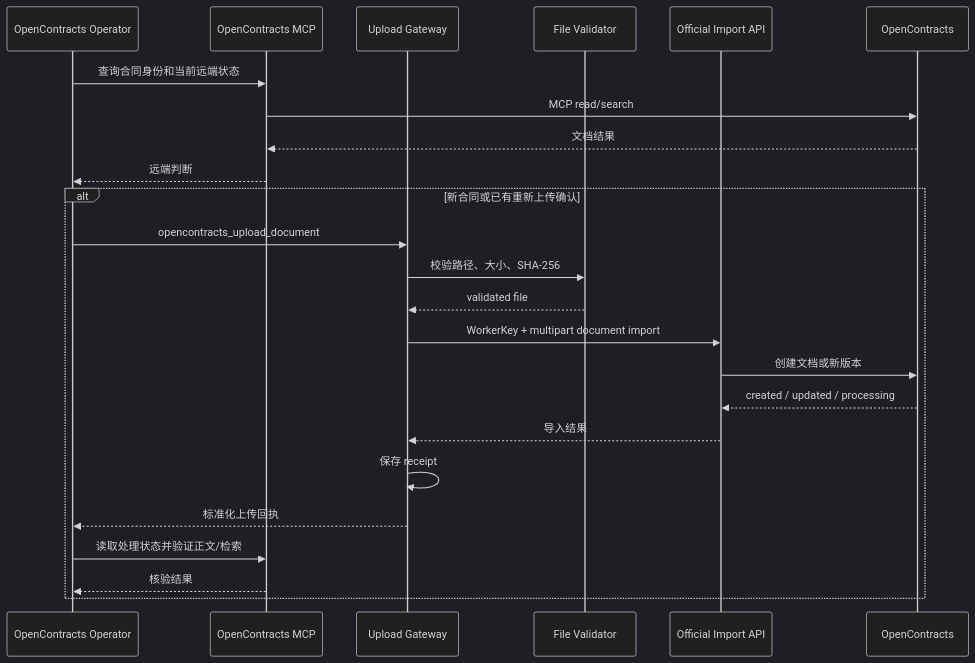
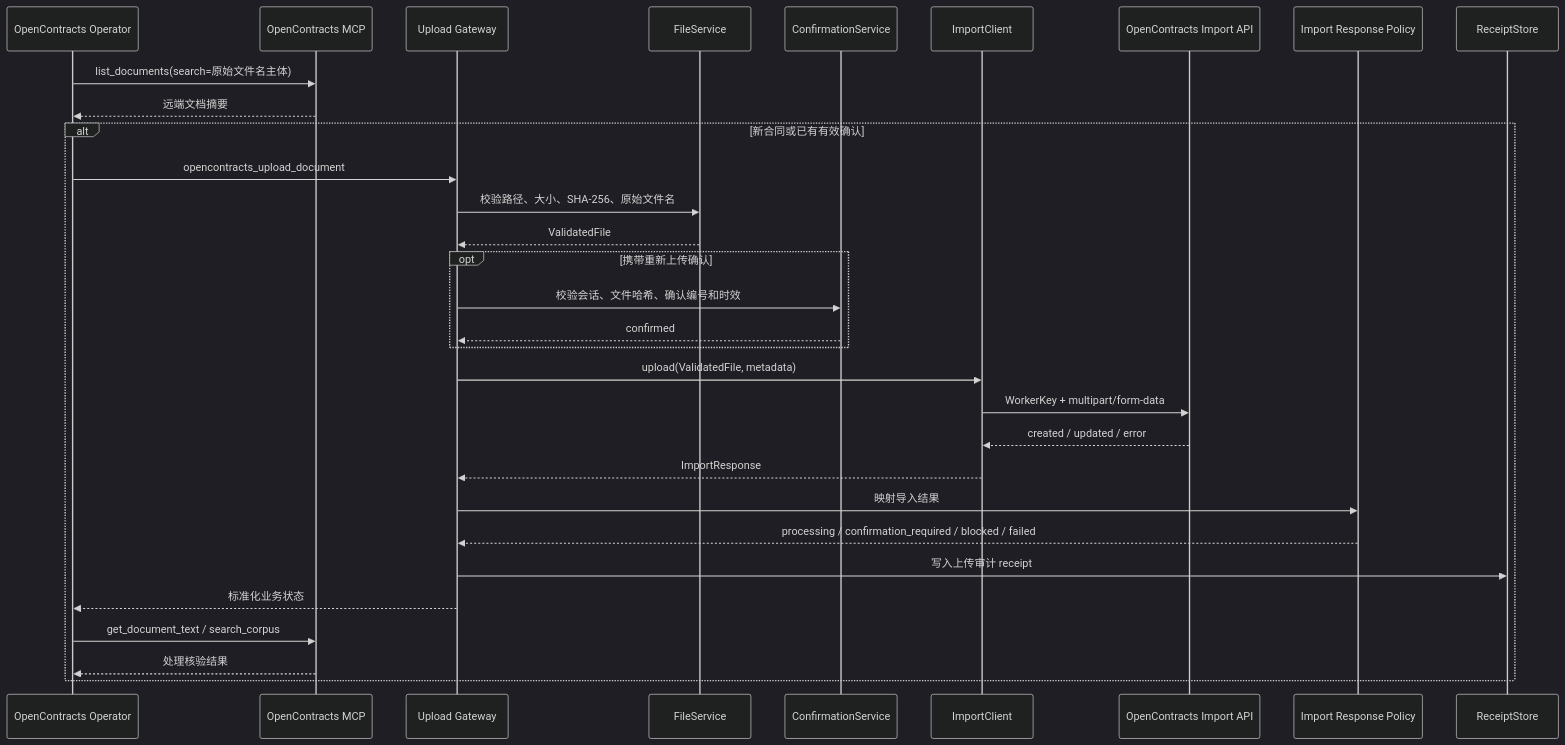
Before and after one commit to Ri0n72Y/ContractBotConfig: the second of 3 diagrams in plugins/astrbot_plugin_opencontracts_gateway/README.md, drawn with Mermaid (dark theme). The commit also changed other lines of this file and 45 other files, not shown here.

````diff
--- a/plugins/astrbot_plugin_opencontracts_gateway/README.md
+++ b/plugins/astrbot_plugin_opencontracts_gateway/README.md
@@ -51,27 +47,34 @@
 ```mermaid
 sequenceDiagram
     participant O as OpenContracts Operator
     participant M as OpenContracts MCP
     participant G as Upload Gateway
-    participant V as File Validator
-    participant I as Official Import API
-    participant C as OpenContracts
+    participant V as FileService
+    participant C as ConfirmationService
+    participant I as ImportClient
+    participant API as OpenContracts Import API
+    participant P as Import Response Policy
+    participant R as ReceiptStore
 
-    O->>M: 查询合同身份和当前远端状态
-    M->>C: MCP read/search
-    C-->>M: 文档结果
-    M-->>O: 远端判断
-    alt 新合同或已有重新上传确认
+    O->>M: list_documents(search=原始文件名主体)
+    M-->>O: 远端文档摘要
+    alt 新合同或已有有效确认
         O->>G: opencontracts_upload_document
-        G->>V: 校验路径、大小、SHA-256
-        V-->>G: validated file
-        G->>I: WorkerKey + multipart document import
-        I->>C: 创建文档或新版本
-        C-->>I: created / updated / processing
-        I-->>G: 导入结果
-        G->>G: 保存 receipt
-        G-->>O: 标准化上传回执
-        O->>M: 读取处理状态并验证正文/检索
-        M-->>O: 核验结果
+        G->>V: 校验路径、大小、SHA-256、原始文件名
+        V-->>G: ValidatedFile
+        opt 携带重新上传确认
+            G->>C: 校验会话、文件哈希、确认编号和时效
+            C-->>G: confirmed
+        end
+        G->>I: upload(ValidatedFile, metadata)
+        I->>API: WorkerKey + multipart/form-data
+        API-->>I: created / updated / error
+        I-->>G: ImportResponse
+        G->>P: 映射导入结果
+        P-->>G: processing / confirmation_required / blocked / failed
+        G->>R: 写入上传审计 receipt
+        G-->>O: 标准化业务状态
+        O->>M: get_document_text / search_corpus
+        M-->>O: 处理核验结果
     end
 ```
````
